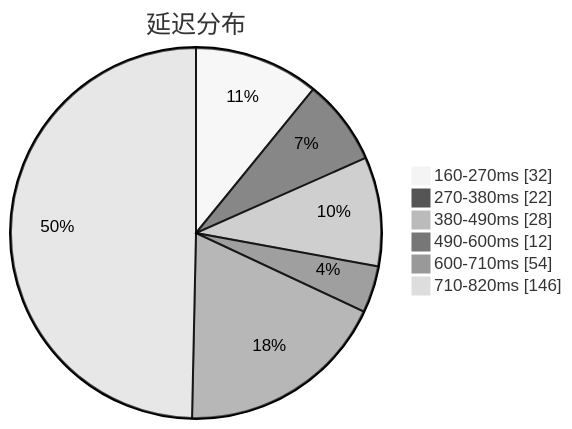
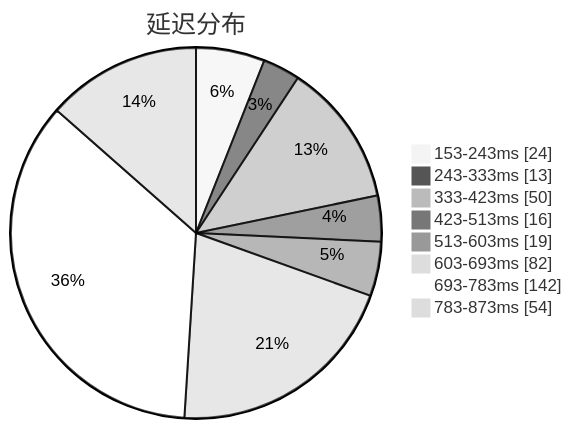
One commit to qjlxg/airport changed the first of 3 diagrams in subs/statistics/tested_within.md. Above: the diagram before and after it, drawn with Mermaid (neutral theme). The commit also changed other lines of this file and 2 other files, not shown here.

````diff
--- a/subs/statistics/tested_within.md
+++ b/subs/statistics/tested_within.md
@@ -2,10 +2,12 @@
 ```mermaid
 pie showData
 title 延迟分布
-"160-270ms" : 32
-"270-380ms" : 22
-"380-490ms" : 28
-"490-600ms" : 12
-"600-710ms" : 54
-"710-820ms" : 146
+"153-243ms" : 24
+"243-333ms" : 13
+"333-423ms" : 50
+"423-513ms" : 16
+"513-603ms" : 19
+"603-693ms" : 82
+"693-783ms" : 142
+"783-873ms" : 54
 ```
````
